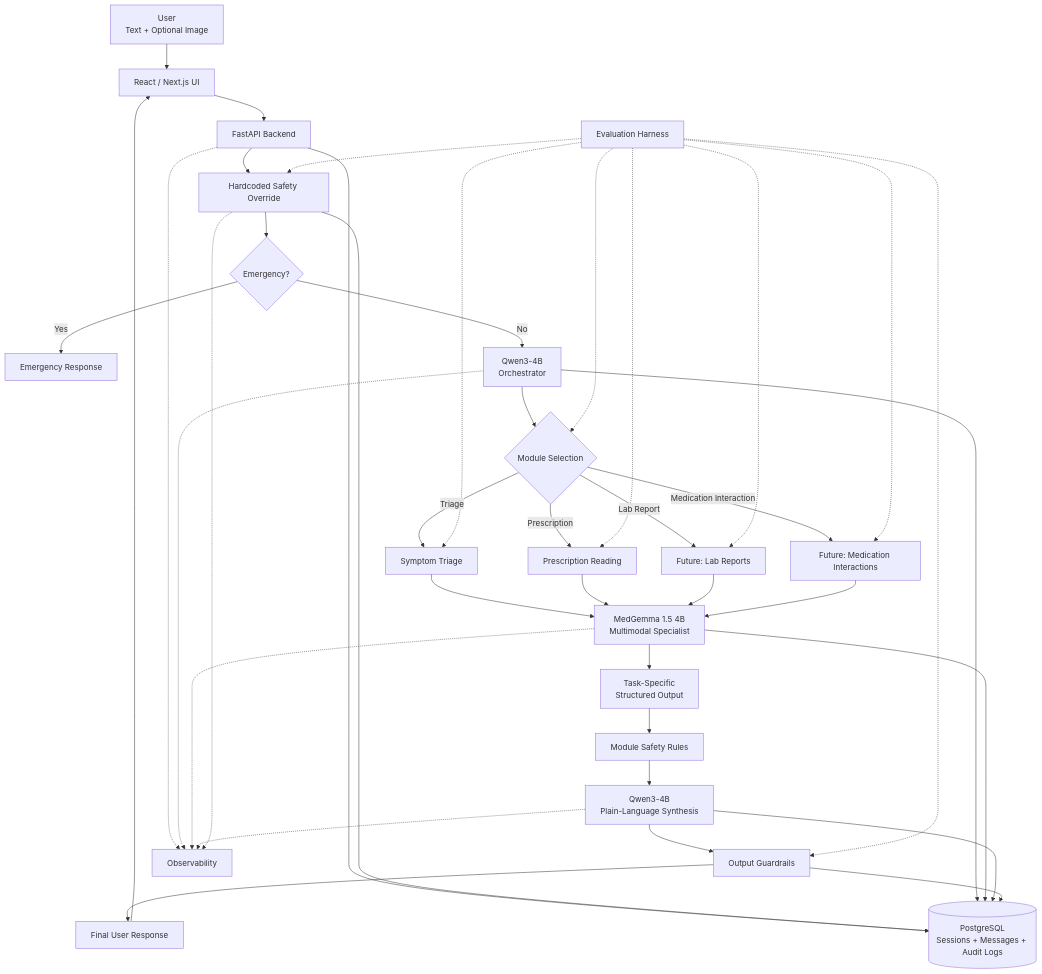
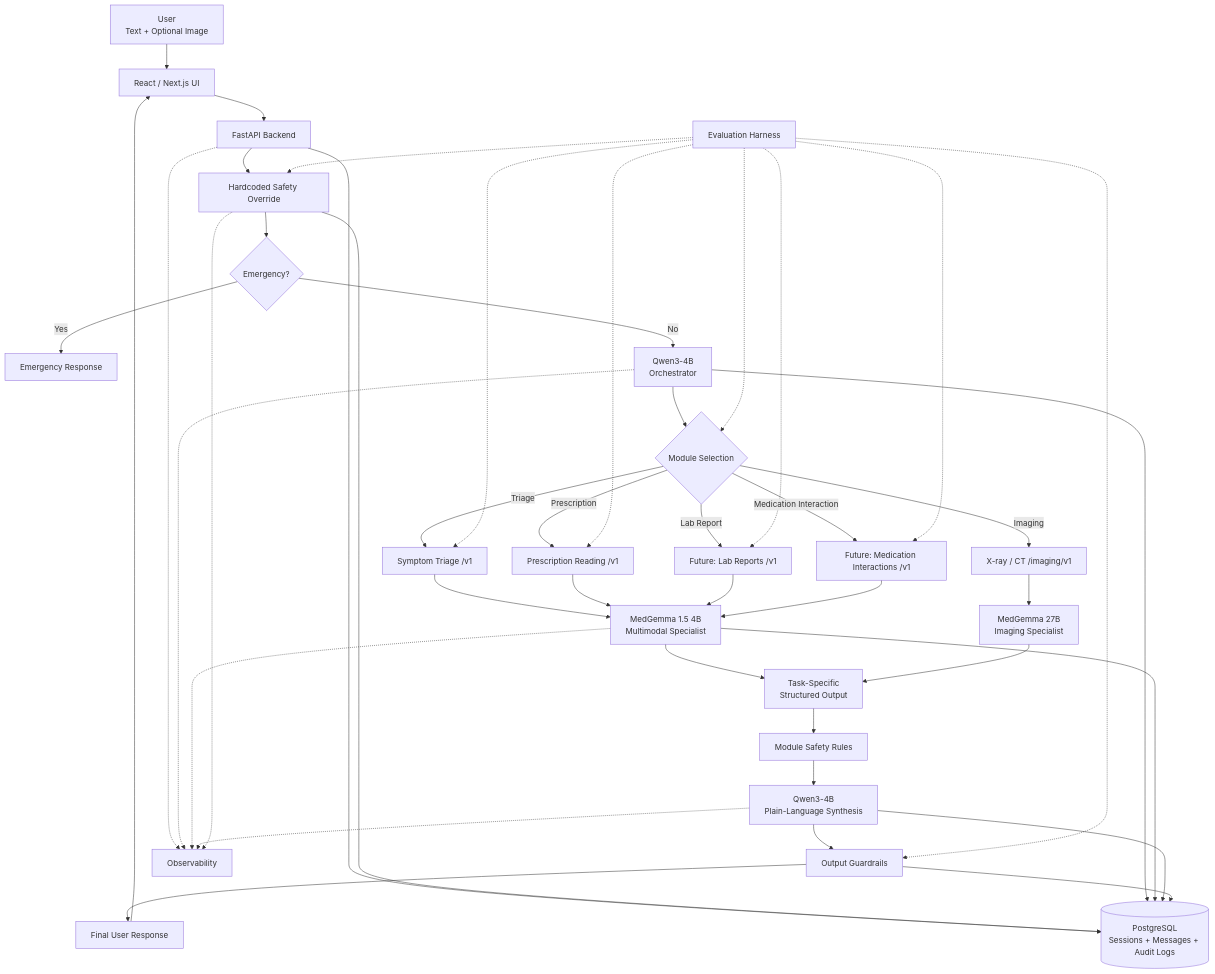
Before and after one commit to theruderaw/medgemma-agent: diagram 27 of 28 in architecture.md, drawn with Mermaid. The commit also changed other lines of this file, not shown here.

```diff
--- a/architecture.md
+++ b/architecture.md
@@ -1735,12 +1814,14 @@
 
     ROUTER{"Module Selection"}
 
-    TRIAGE["Symptom Triage"]
-    RX["Prescription Reading"]
-    LAB["Future: Lab Reports"]
-    INTERACTION["Future: Medication Interactions"]
+    TRIAGE["Symptom Triage /v1"]
+    RX["Prescription Reading /v1"]
+    LAB["Future: Lab Reports /v1"]
+    INTERACTION["Future: Medication Interactions /v1"]
+    IMAGING["X-ray / CT /imaging/v1"]
 
     MED["MedGemma 1.5 4B<br/>Multimodal Specialist"]
+    MED27["MedGemma 27B<br/>Imaging Specialist"]
 
     STRUCTURED["Task-Specific<br/>Structured Output"]
 
@@ -1771,13 +1852,16 @@
     ROUTER -->|"Prescription"| RX
     ROUTER -->|"Lab Report"| LAB
     ROUTER -->|"Medication Interaction"| INTERACTION
+    ROUTER -->|"Imaging"| IMAGING
 
     TRIAGE --> MED
     RX --> MED
     LAB --> MED
     INTERACTION --> MED
+    IMAGING --> MED27
 
     MED --> STRUCTURED
+    MED27 --> STRUCTURED
     STRUCTURED --> SPECIALIST_SAFETY
     SPECIALIST_SAFETY --> SYNTH
 
```
